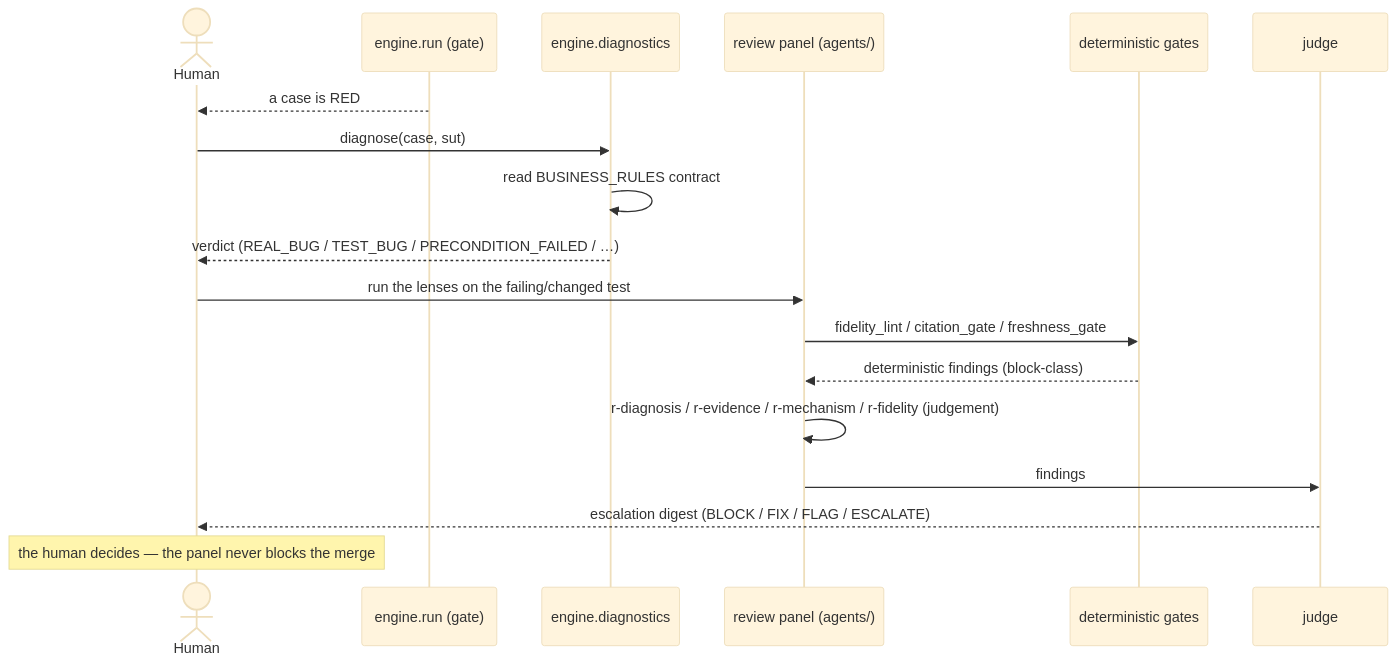
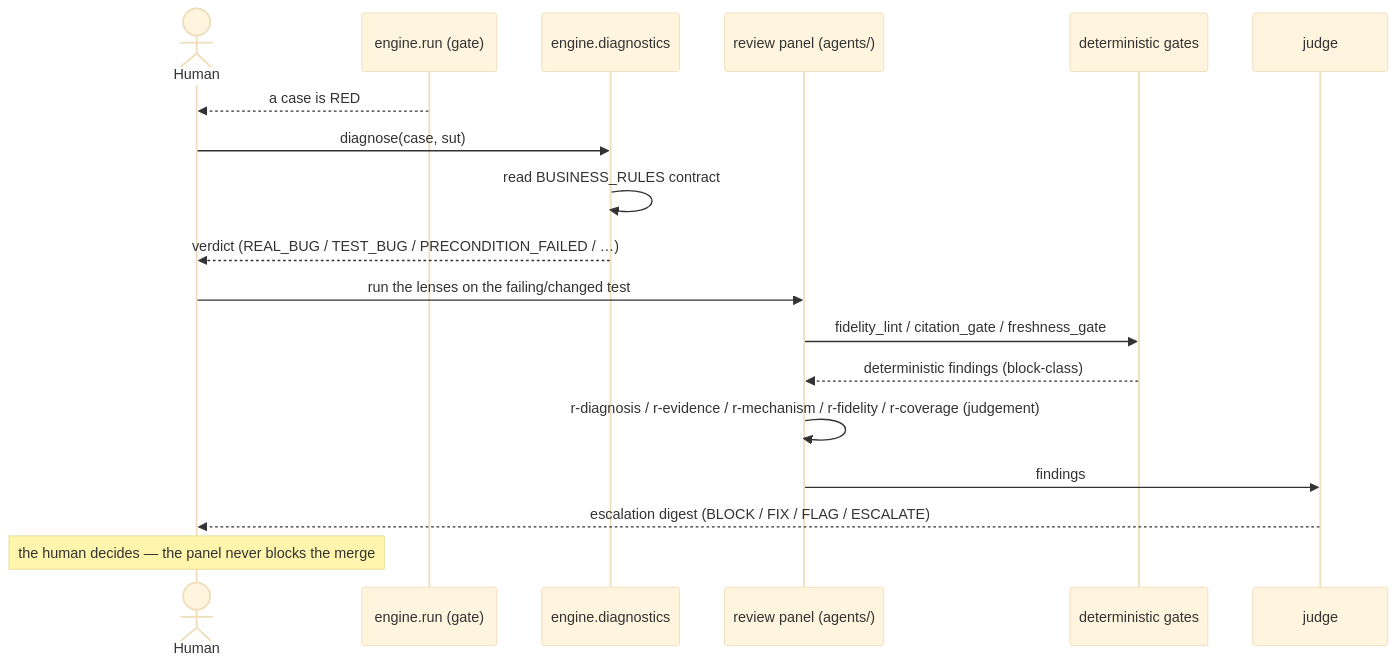
Before and after one commit to Calevi-Consulting/qensei: the second of 2 diagrams in docs/diagnostics-and-review-panel.md, drawn with Mermaid (base theme). The commit also changed 6 other files, not shown here.

First line of the commit message:
feat: add r-coverage — a 7th advisory review-panel lens (coverage-fidelity)

````diff
--- a/docs/diagnostics-and-review-panel.md
+++ b/docs/diagnostics-and-review-panel.md
@@ -72,21 +72,21 @@
 ```mermaid
 sequenceDiagram
   actor Human
   participant Gate as engine.run (gate)
   participant Diag as engine.diagnostics
   participant Panel as review panel (agents/)
   participant Gates as deterministic gates
   participant Judge as judge
 
   Gate-->>Human: a case is RED
   Human->>Diag: diagnose(case, sut)
   Diag->>Diag: read BUSINESS_RULES contract
   Diag-->>Human: verdict (REAL_BUG / TEST_BUG / PRECONDITION_FAILED / …)
   Human->>Panel: run the lenses on the failing/changed test
   Panel->>Gates: fidelity_lint / citation_gate / freshness_gate
   Gates-->>Panel: deterministic findings (block-class)
-  Panel->>Panel: r-diagnosis / r-evidence / r-mechanism / r-fidelity (judgement)
+  Panel->>Panel: r-diagnosis / r-evidence / r-mechanism / r-fidelity / r-coverage (judgement)
   Panel->>Judge: findings
   Judge-->>Human: escalation digest (BLOCK / FIX / FLAG / ESCALATE)
   Note over Human: the human decides — the panel never blocks the merge
 ```
````
